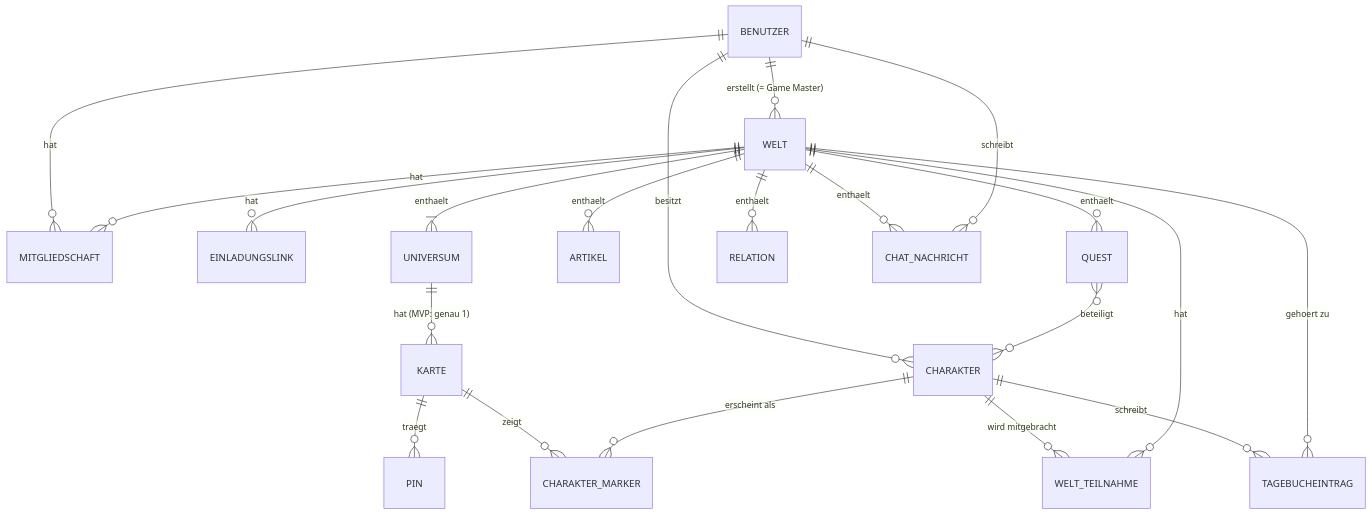
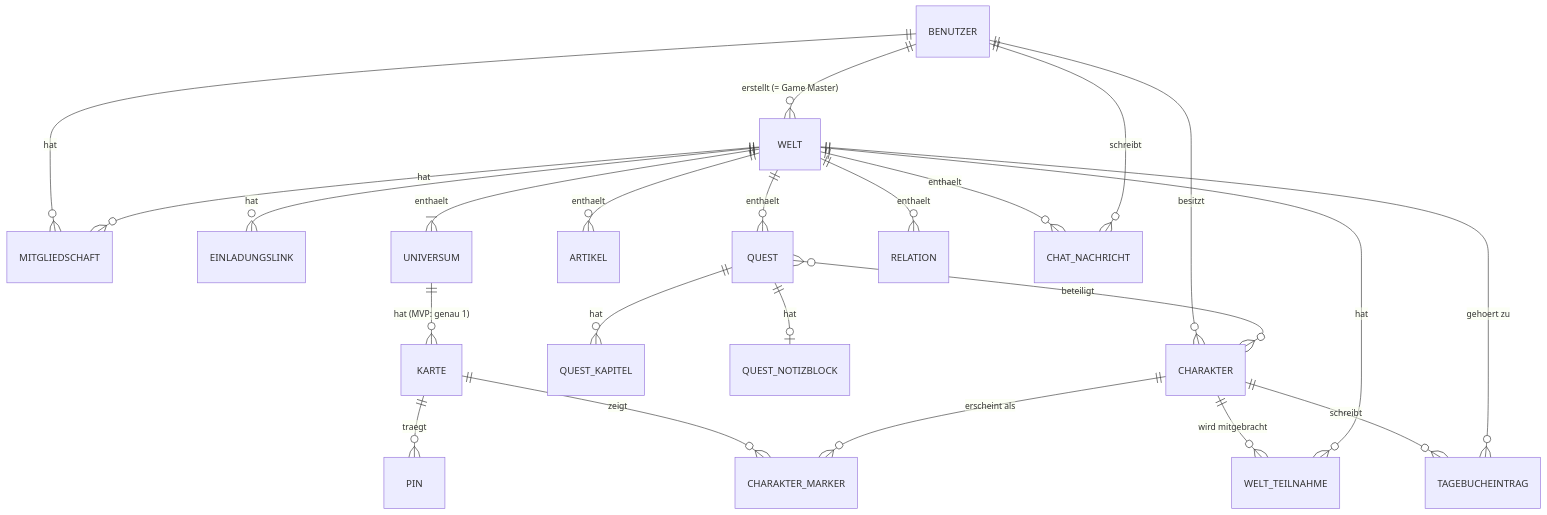
The diagram in .ai/architecture/datenmodell-fachlich.md (diego-lagolago/WorldCraft), drawn with Mermaid before and after one commit. The commit also changed other lines of this file and 5 other files, not shown here.

First line of the commit message:
T-001: Normen für Owner-Sichtbarkeit, Kapitel und Notizblock.

````diff
--- a/.ai/architecture/datenmodell-fachlich.md
+++ b/.ai/architecture/datenmodell-fachlich.md
@@ -13,23 +14,25 @@
 ```mermaid
 erDiagram
     BENUTZER ||--o{ WELT : "erstellt (= Game Master)"
     BENUTZER ||--o{ MITGLIEDSCHAFT : hat
     WELT ||--o{ MITGLIEDSCHAFT : hat
     WELT ||--o{ EINLADUNGSLINK : hat
     WELT ||--|{ UNIVERSUM : enthaelt
     UNIVERSUM ||--o{ KARTE : "hat (MVP: genau 1)"
     KARTE ||--o{ PIN : traegt
     KARTE ||--o{ CHARAKTER_MARKER : zeigt
     WELT ||--o{ ARTIKEL : enthaelt
     WELT ||--o{ QUEST : enthaelt
+    QUEST ||--o{ QUEST_KAPITEL : hat
+    QUEST ||--o| QUEST_NOTIZBLOCK : hat
     WELT ||--o{ RELATION : enthaelt
     WELT ||--o{ CHAT_NACHRICHT : enthaelt
     BENUTZER ||--o{ CHARAKTER : besitzt
     CHARAKTER ||--o{ WELT_TEILNAHME : "wird mitgebracht"
     WELT ||--o{ WELT_TEILNAHME : hat
     CHARAKTER ||--o{ CHARAKTER_MARKER : "erscheint als"
     CHARAKTER ||--o{ TAGEBUCHEINTRAG : schreibt
     WELT ||--o{ TAGEBUCHEINTRAG : "gehoert zu"
     QUEST }o--o{ CHARAKTER : "beteiligt"
     BENUTZER ||--o{ CHAT_NACHRICHT : schreibt
 ```
````
